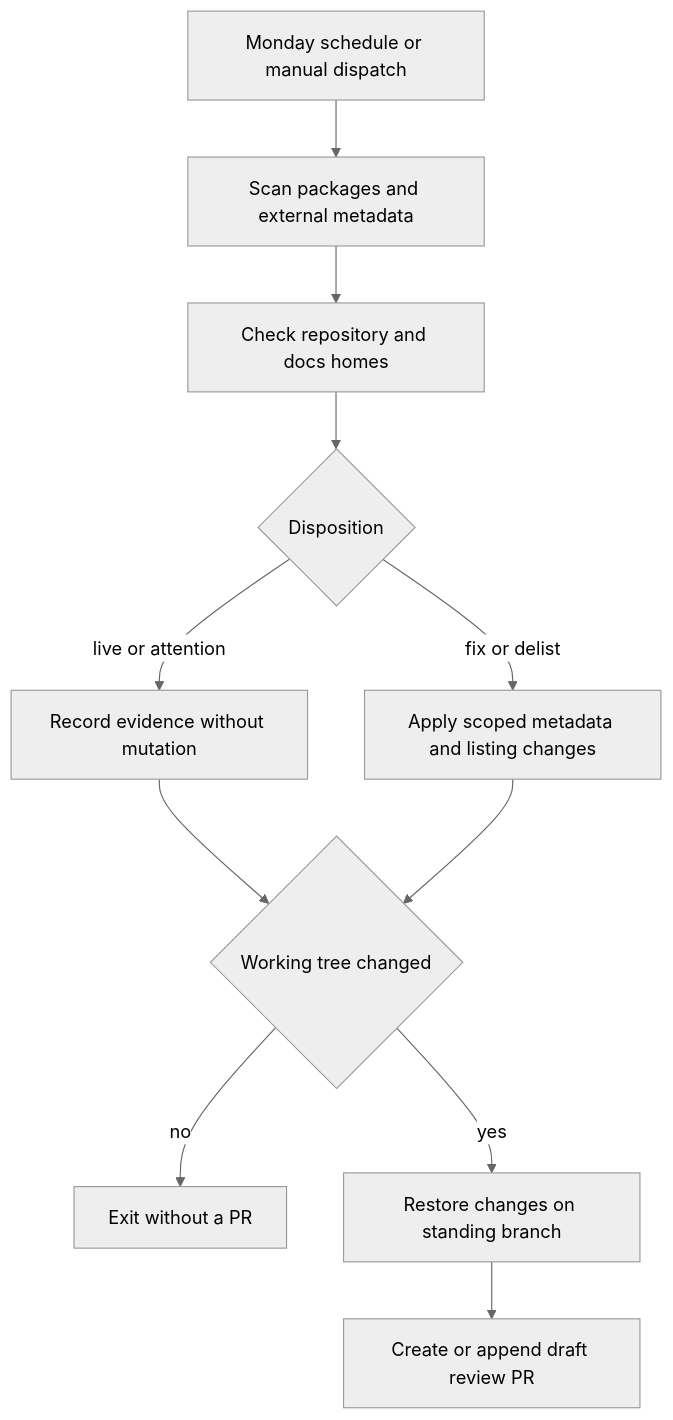
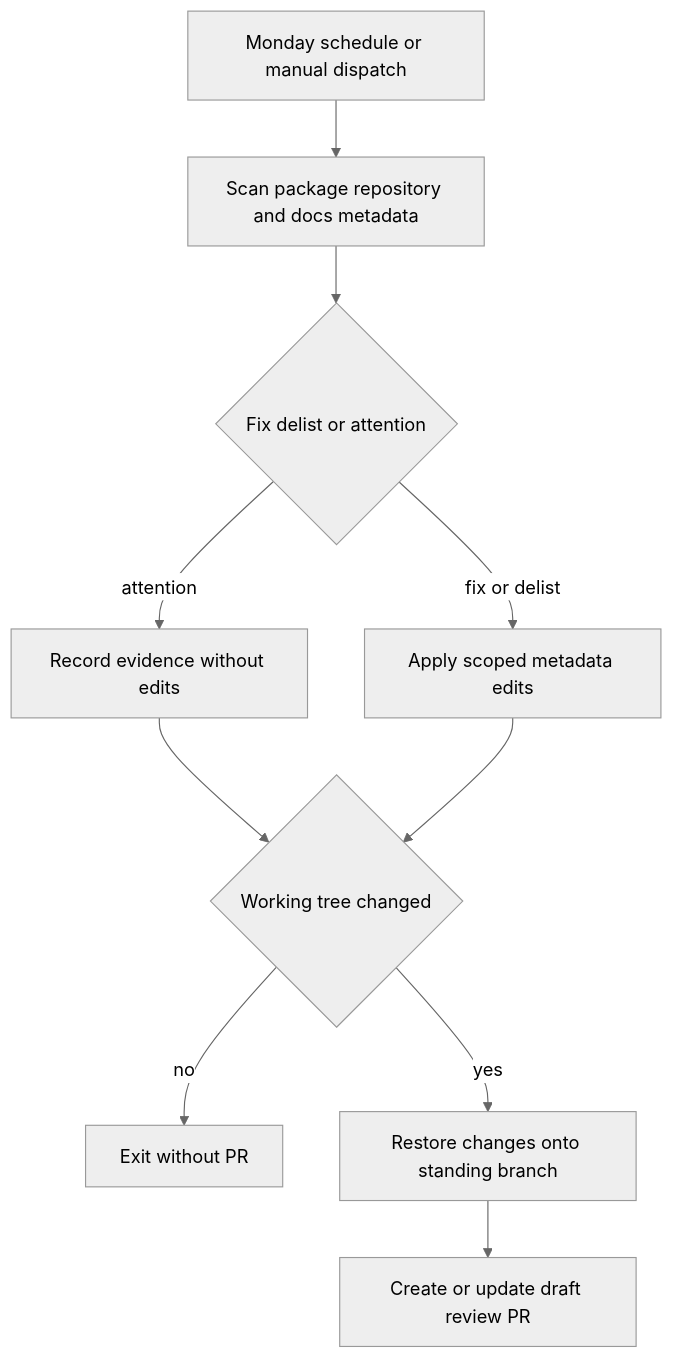
One commit to rishi-raj-jain/docs-1 changed the second of 2 diagrams in openwiki/integrations/github-actions.md. Above: the diagram before and after it, drawn with Mermaid (neutral theme). The commit also changed other lines of this file and 33 other files, not shown here.

````diff
--- a/openwiki/integrations/github-actions.md
+++ b/openwiki/integrations/github-actions.md
@@ -174,13 +106,12 @@
 ```mermaid
 flowchart TD
-  Trigger["Monday schedule or manual dispatch"] --> Scan["Scan packages and external metadata"]
-  Scan --> Check["Check repository and docs homes"]
-  Check --> Decision{"Disposition"}
-  Decision -->|"live or attention"| Evidence["Record evidence without mutation"]
-  Decision -->|"fix or delist"| Write["Apply scoped metadata and listing changes"]
-  Evidence --> Changed{"Working tree changed"}
-  Write --> Changed
-  Changed -->|"no"| Stop["Exit without a PR"]
-  Changed -->|"yes"| Branch["Restore changes on standing branch"]
-  Branch --> Draft["Create or append draft review PR"]
+  Scheduled["Monday schedule or manual dispatch"] --> Scan["Scan package repository and docs metadata"]
+  Scan --> Decision{"Fix delist or attention"}
+  Decision -->|"attention"| Evidence["Record evidence without edits"]
+  Decision -->|"fix or delist"| Edit["Apply scoped metadata edits"]
+  Evidence --> Diff{"Working tree changed"}
+  Edit --> Diff
+  Diff -->|"no"| Exit["Exit without PR"]
+  Diff -->|"yes"| Standing["Restore changes onto standing branch"]
+  Standing --> Draft["Create or update draft review PR"]
 ```
````
